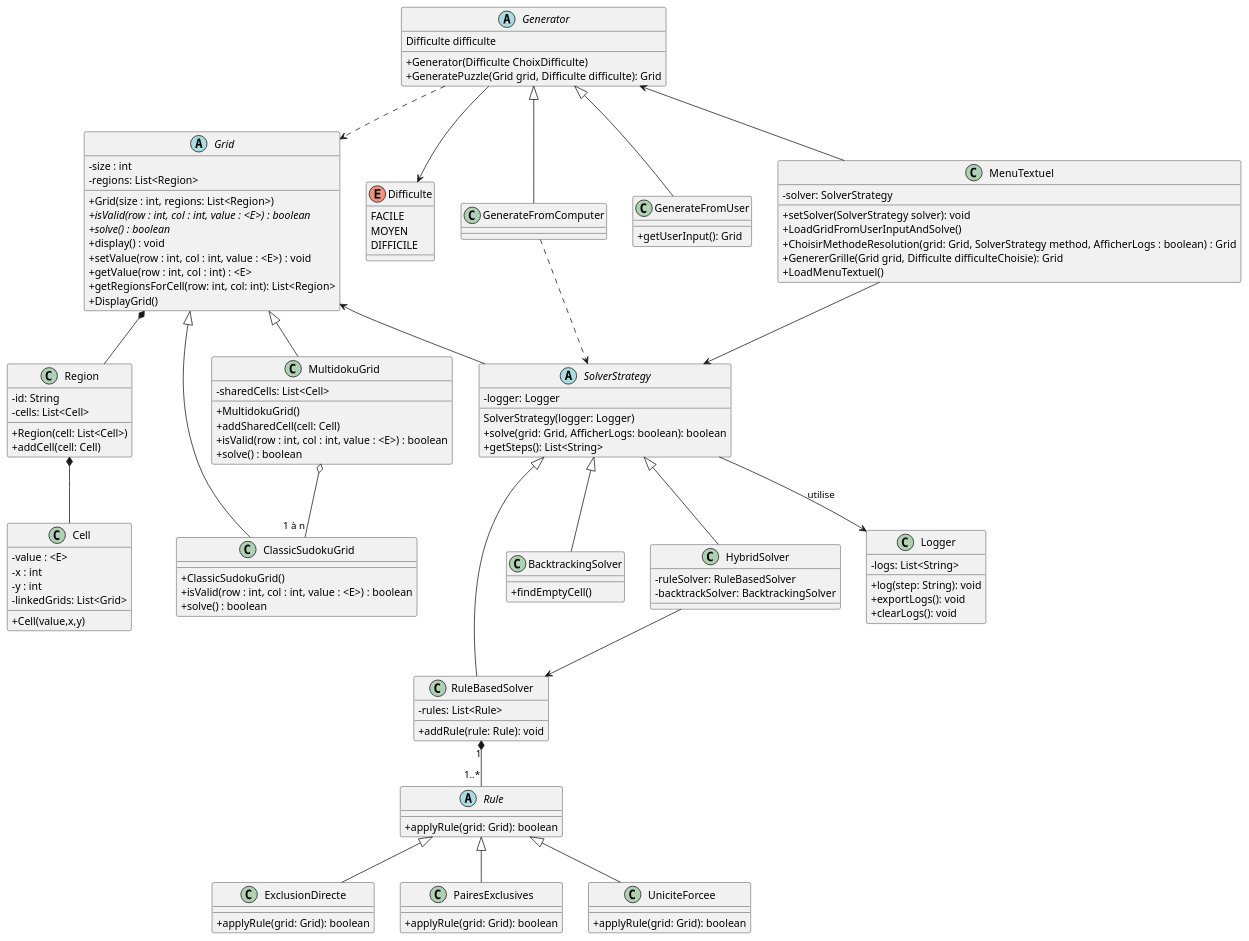
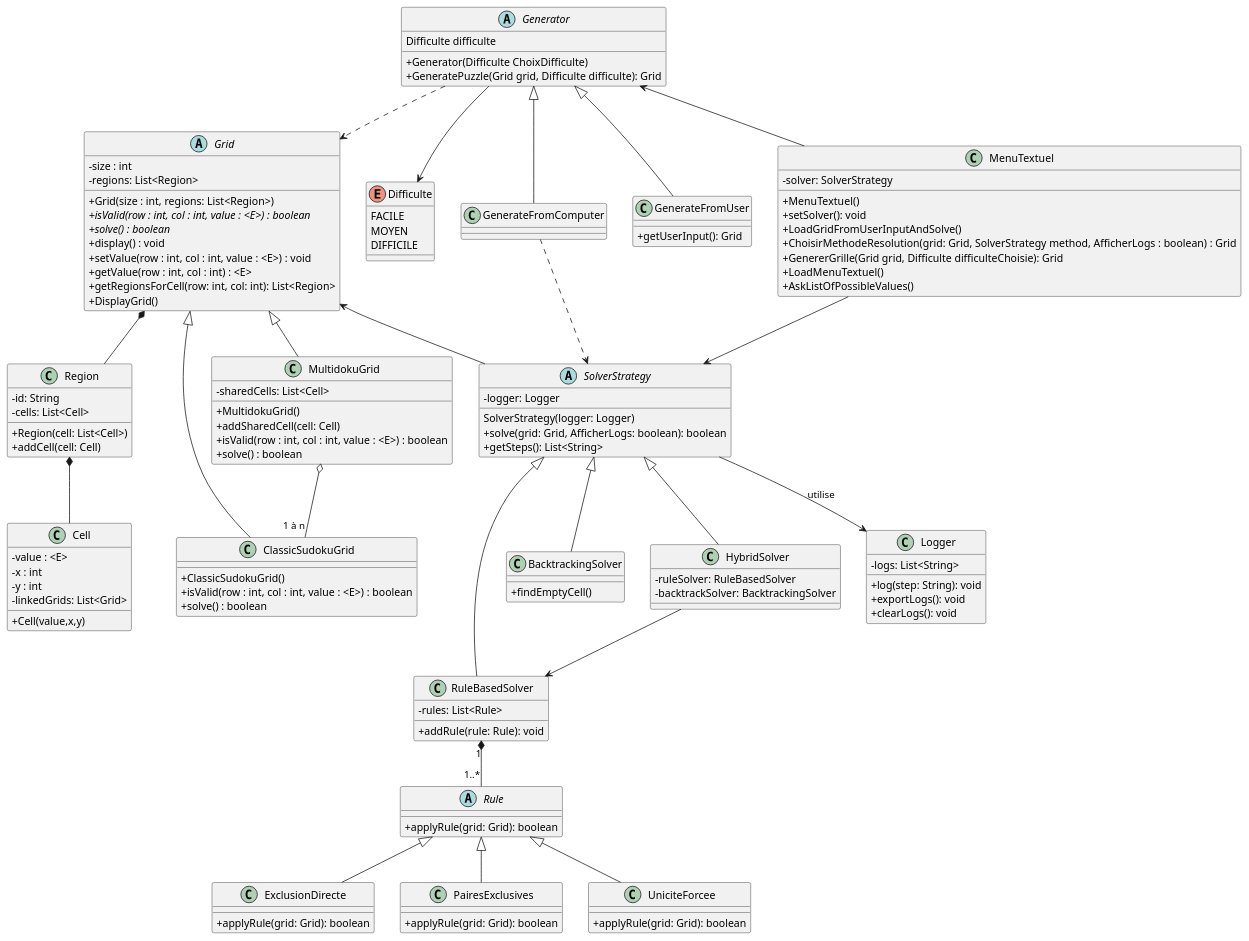
The diagram in ClassDiagram.puml (PolytechLyon/SudokuAPO), drawn with PlantUML before and after one commit. The commit also changed 1 other file, not shown here.

```diff
--- a/ClassDiagram.puml
+++ b/ClassDiagram.puml
@@ -1,146 +1,148 @@
 @startuml
 skinparam classAttributeIconSize 0
 'https://plantuml.com/class-diagram
 
 abstract class Grid{
     - size : int
     - regions: List<Region>
     + Grid(size : int, regions: List<Region>)
     + {abstract} isValid(row : int, col : int, value : <E>) : boolean
     + {abstract} solve() : boolean
     + display() : void
     + setValue(row : int, col : int, value : <E>) : void
     + getValue(row : int, col : int) : <E>
     + getRegionsForCell(row: int, col: int): List<Region>
     + DisplayGrid()
 }
 
 class Region {
     - id: String
     - cells: List<Cell>
     +Region(cell: List<Cell>)
     + addCell(cell: Cell)
 }
 
 class Cell {
     -value : <E>
     -x : int
     -y : int
     - linkedGrids: List<Grid>
     +Cell(value,x,y)
 }
 
 class ClassicSudokuGrid{
     + ClassicSudokuGrid()
     + isValid(row : int, col : int, value : <E>) : boolean
     + solve() : boolean
 }
 
 class MultidokuGrid{
     - sharedCells: List<Cell>
     + MultidokuGrid()
     + addSharedCell(cell: Cell)
     + isValid(row : int, col : int, value : <E>) : boolean
     + solve() : boolean
 }
 
 abstract class Rule {
     + applyRule(grid: Grid): boolean
 }
 class ExclusionDirecte extends Rule {
     + applyRule(grid: Grid): boolean
 }
 class PairesExclusives extends Rule {
     + applyRule(grid: Grid): boolean
 }
 class UniciteForcee extends Rule {
     + applyRule(grid: Grid): boolean
 }
 
 enum Difficulte{
     FACILE
     MOYEN
     DIFFICILE
 }
 
 Generator --> Difficulte
 
 Abstract class Generator {
     Difficulte difficulte
     + Generator(Difficulte ChoixDifficulte)
     +GeneratePuzzle(Grid grid, Difficulte difficulte): Grid
 }
 Generator ..> Grid
 
 class GenerateFromComputer extends Generator{
 }
 
 class GenerateFromUser extends Generator{
     + getUserInput(): Grid
 }
 
 class MenuTextuel {
     - solver: SolverStrategy
-    + setSolver(SolverStrategy solver): void
+    +MenuTextuel()
+    + setSolver(): void
     +LoadGridFromUserInputAndSolve()
     +ChoisirMethodeResolution(grid: Grid, SolverStrategy method, AfficherLogs : boolean) : Grid
     +GenererGrille(Grid grid, Difficulte difficulteChoisie): Grid
     +LoadMenuTextuel()
+    +AskListOfPossibleValues()
 }
 
 MenuTextuel --> SolverStrategy
 
 
 
 class RuleBasedSolver {
     - rules: List<Rule>
     + addRule(rule: Rule): void
 }
 
 class BacktrackingSolver {
     +findEmptyCell()
 }
 
 class HybridSolver {
     - ruleSolver: RuleBasedSolver
     - backtrackSolver: BacktrackingSolver
 }
 
 class Logger {
     - logs: List<String>
     + log(step: String): void
     + exportLogs(): void
     + clearLogs(): void
 }
 
 abstract class SolverStrategy {
     - logger: Logger
     SolverStrategy(logger: Logger)
     + solve(grid: Grid, AfficherLogs: boolean): boolean
     + getSteps(): List<String>
 }
 
 SolverStrategy --> Logger : utilise
 
 Generator<--MenuTextuel
 
 Grid <|-- MultidokuGrid
 Grid <|-- ClassicSudokuGrid
 Grid *-- Region
 Grid <-- SolverStrategy
 
 GenerateFromComputer ..> SolverStrategy
 
 MultidokuGrid o-- "1 à n" ClassicSudokuGrid
 
 Region *-- Cell
 
 SolverStrategy <|-- RuleBasedSolver
 SolverStrategy <|-- HybridSolver
 SolverStrategy <|-- BacktrackingSolver
 RuleBasedSolver "1" *-- "1..*" Rule
 HybridSolver --> RuleBasedSolver
 
 
 
 @enduml
```
